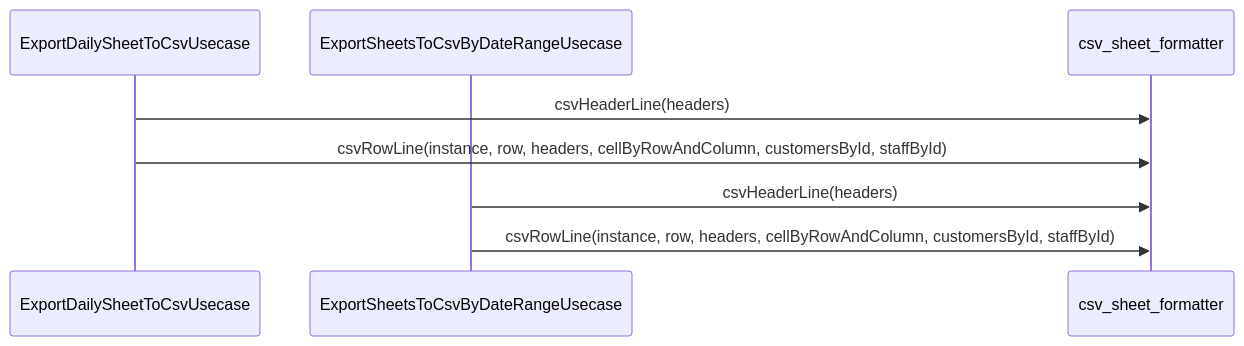
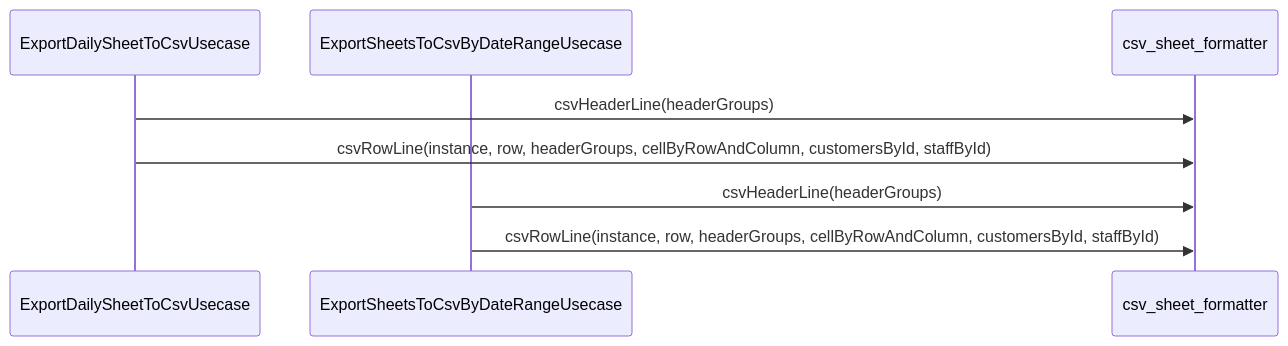
The diagram in docs/design/lib/src/features/voucher/domain/usecases/csv_sheet_formatter.md (MinamiyamaKotaro/m3_pad), drawn with Mermaid before and after one commit. The commit also changed other lines of this file and 29 other files, not shown here.

````diff
--- a/docs/design/lib/src/features/voucher/domain/usecases/csv_sheet_formatter.md
+++ b/docs/design/lib/src/features/voucher/domain/usecases/csv_sheet_formatter.md
@@ -13,11 +14,11 @@
 ```mermaid
 sequenceDiagram
     participant EDC as ExportDailySheetToCsvUsecase
     participant ESC as ExportSheetsToCsvByDateRangeUsecase
     participant F as csv_sheet_formatter
 
-    EDC->>F: csvHeaderLine(headers)
-    EDC->>F: csvRowLine(instance, row, headers, cellByRowAndColumn, customersById, staffById)
-    ESC->>F: csvHeaderLine(headers)
-    ESC->>F: csvRowLine(instance, row, headers, cellByRowAndColumn, customersById, staffById)
+    EDC->>F: csvHeaderLine(headerGroups)
+    EDC->>F: csvRowLine(instance, row, headerGroups, cellByRowAndColumn, customersById, staffById)
+    ESC->>F: csvHeaderLine(headerGroups)
+    ESC->>F: csvRowLine(instance, row, headerGroups, cellByRowAndColumn, customersById, staffById)
 ```
````
